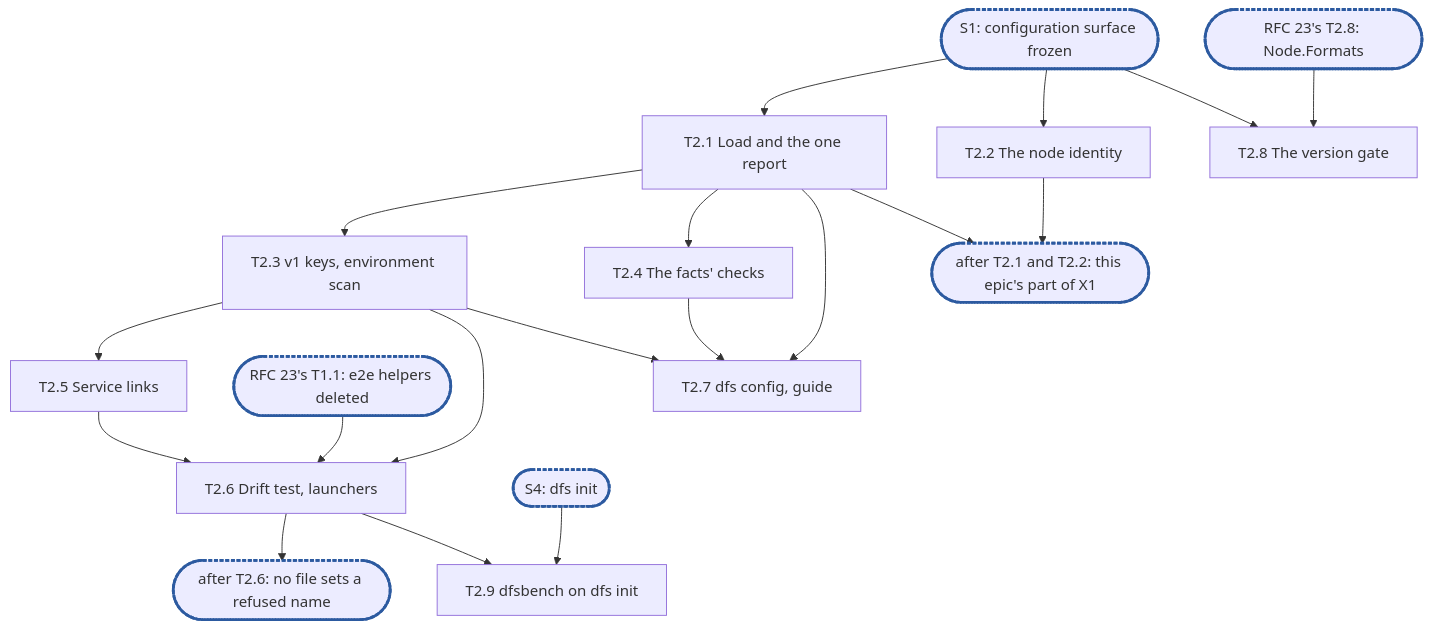
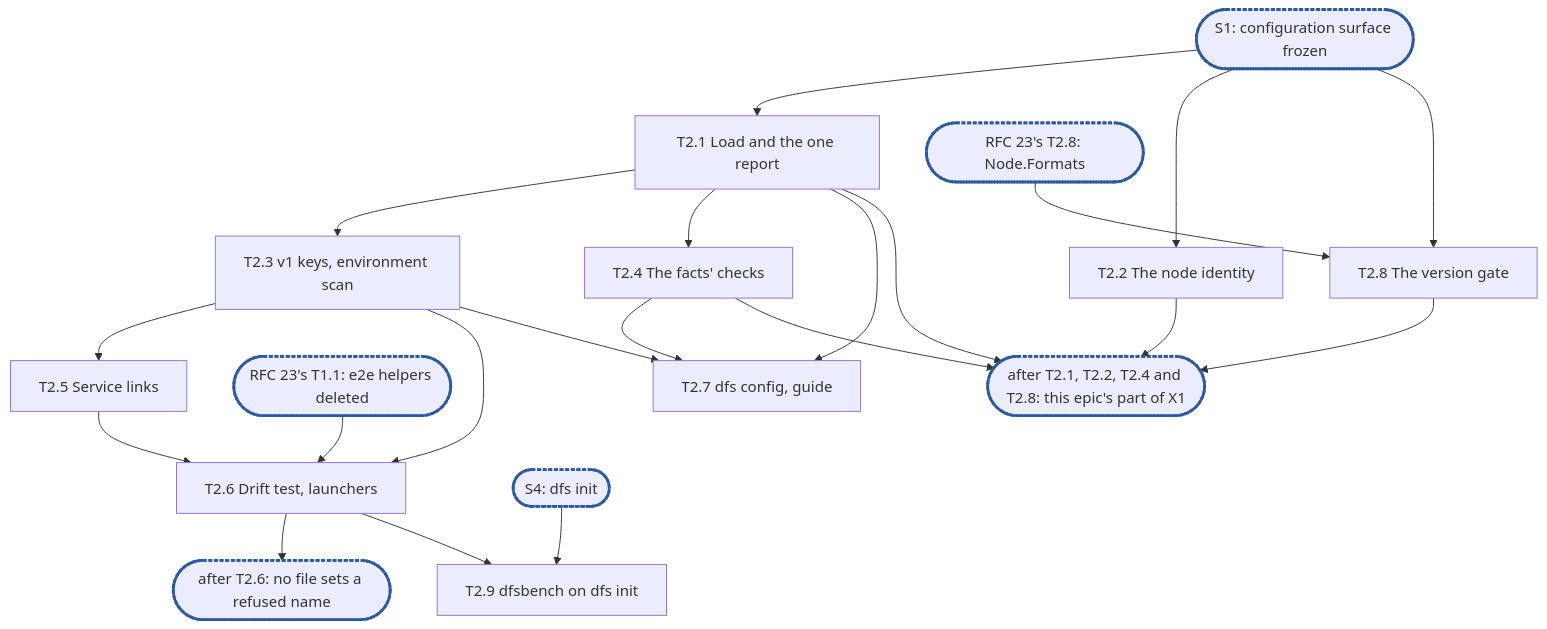
The diagram in .planning/rfc-13-config-epic2.md (cubbit/dittofs), drawn with Mermaid before and after one commit. The commit also changed other lines of this file and 4 other files, not shown here.

````diff
--- a/.planning/rfc-13-config-epic2.md
+++ b/.planning/rfc-13-config-epic2.md
@@ -586,18 +589,18 @@
 ```mermaid
 flowchart TD
   S1(["S1: configuration surface frozen"]):::sync --> T2_1["T2.1 Load and the one report"]
   S1 --> T2_2["T2.2 The node identity"]
   T2_1 --> T2_3["T2.3 v1 keys, environment scan"]
   T2_1 --> T2_4["T2.4 The facts' checks"]
   T2_3 --> T2_5["T2.5 Service links"]
   T2_3 & T2_5 --> T2_6["T2.6 Drift test, launchers"]
   N231(["RFC 23's T1.1: e2e helpers deleted"]):::sync --> T2_6
   T2_6 --> C6(["after T2.6: no file sets a refused name"]):::sync
   T2_1 & T2_3 & T2_4 --> T2_7["T2.7 dfs config, guide"]
   N23(["RFC 23's T2.8: Node.Formats"]):::sync --> T2_8["T2.8 The version gate"]
   S1 --> T2_8
   S4(["S4: dfs init"]):::sync --> T2_9["T2.9 dfsbench on dfs init"]
   T2_6 --> T2_9
-  T2_1 & T2_2 --> X1(["after T2.1 and T2.2: this epic's part of X1"]):::sync
+  T2_1 & T2_2 & T2_4 & T2_8 --> X1(["after T2.1, T2.2, T2.4 and T2.8: this epic's part of X1"]):::sync
   classDef sync stroke:#2c5aa0,stroke-width:3px,stroke-dasharray:4 2
 ```
````
